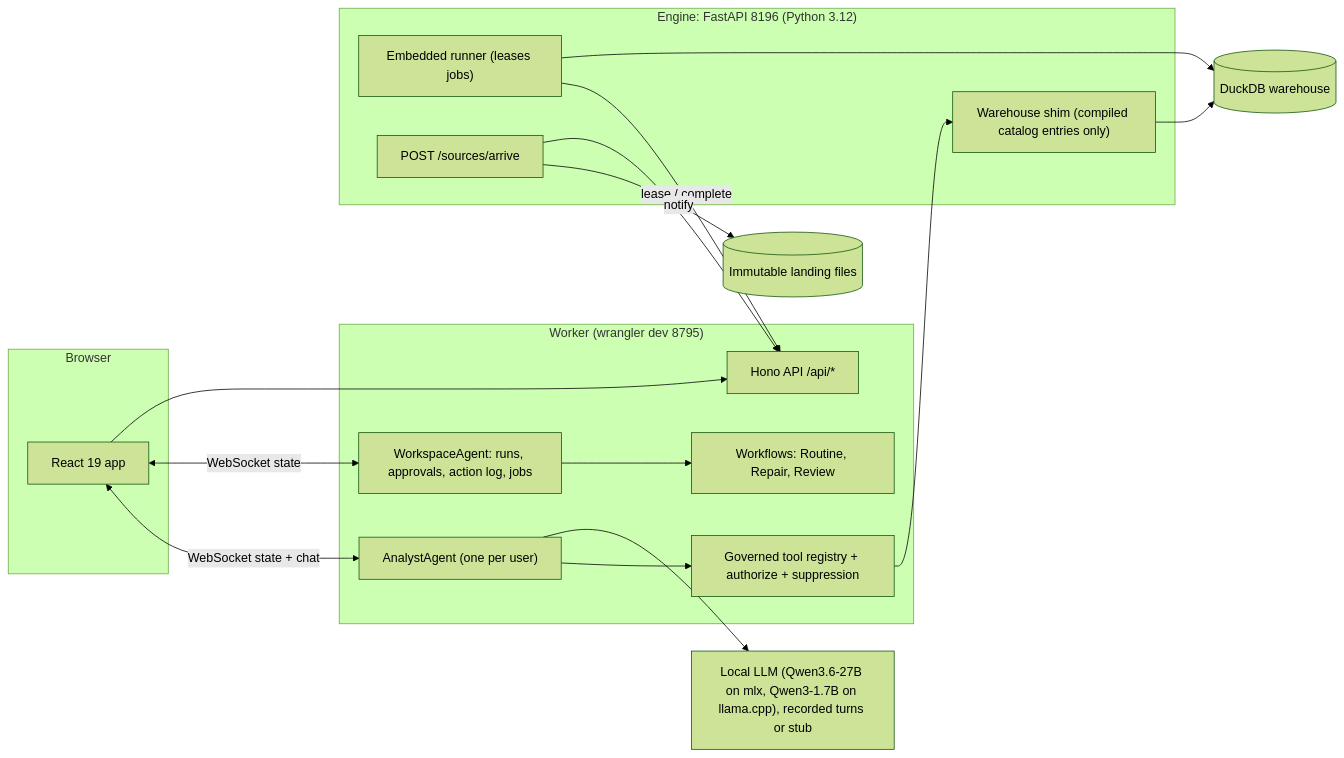
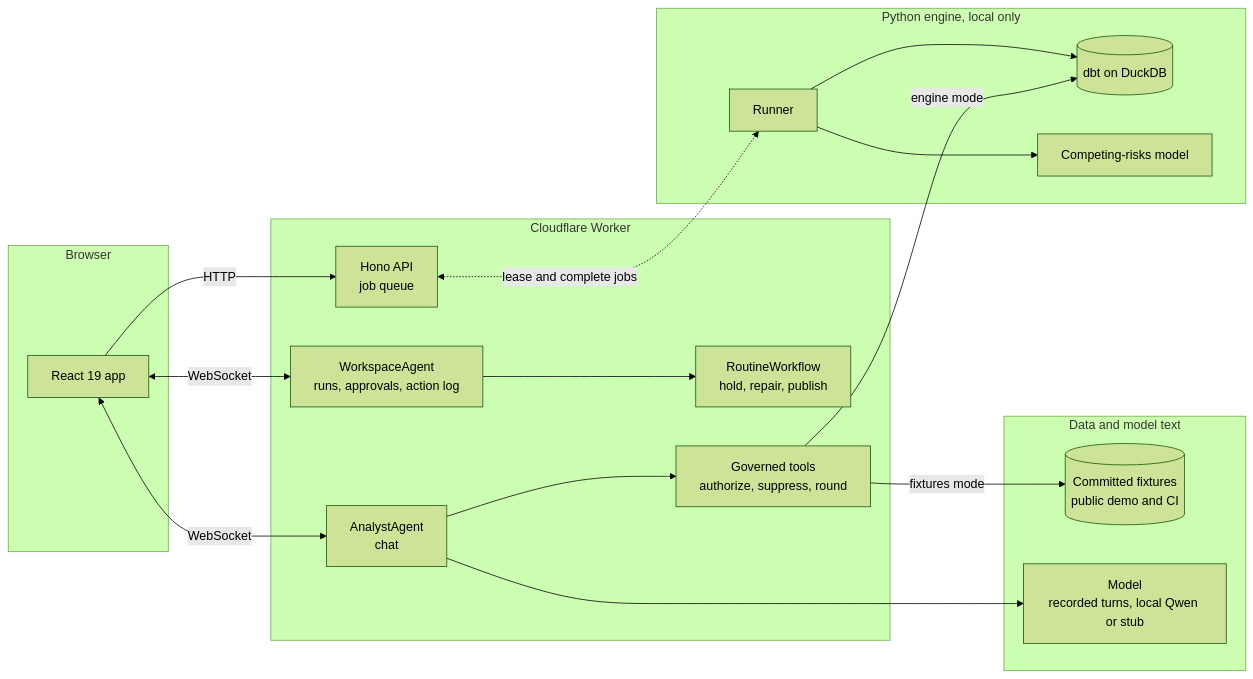
Before and after one commit to nitishsjsucs/staysignal: the first of 4 diagrams in README.md, drawn with Mermaid (forest theme). The commit also changed other lines of this file and 2 other files, not shown here.

First line of the commit message:
docs: README remade around the demo, results and diagrams

````diff
--- a/README.md
+++ b/README.md
@@ -125,32 +181,33 @@
 ```mermaid
 flowchart LR
   subgraph Browser
     UI["React 19 app"]
   end
-  subgraph Worker["Worker (wrangler dev 8795)"]
-    API["Hono API /api/*"]
-    AA["AnalystAgent (one per user)"]
-    WA["WorkspaceAgent: runs, approvals, action log, jobs"]
-    WF["Workflows: Routine, Repair, Review"]
-    REG["Governed tool registry + authorize + suppression"]
+  subgraph Worker["Cloudflare Worker"]
+    API["Hono API<br/>job queue"]
+    AA["AnalystAgent<br/>chat"]
+    WA["WorkspaceAgent<br/>runs, approvals, action log"]
+    WF["RoutineWorkflow<br/>hold, repair, publish"]
+    REG["Governed tools<br/>authorize, suppress, round"]
   end
-  subgraph Engine["Engine: FastAPI 8196 (Python 3.12)"]
-    SHIM["Warehouse shim (compiled catalog entries only)"]
-    RUN["Embedded runner (leases jobs)"]
-    SRC["POST /sources/arrive"]
+  subgraph Served["Data and model text"]
+    FIX[("Committed fixtures<br/>public demo and CI")]
+    LLM["Model<br/>recorded turns, local Qwen or stub"]
   end
-  DUCK[("DuckDB warehouse")]
-  LAND[("Immutable landing files")]
-  LLM["Local LLM (Qwen3.6-27B on mlx, Qwen3-1.7B on llama.cpp), recorded turns or stub"]
-
-  UI <-->|WebSocket state + chat| AA
-  UI <-->|WebSocket state| WA
-  UI --> API
-  AA --> REG --> SHIM --> DUCK
+  subgraph Engine["Python engine, local only"]
+    RUN["Runner"]
+    WH[("dbt on DuckDB")]
+    MOD["Competing-risks model"]
+  end
+  UI <-->|WebSocket| AA
+  UI <-->|WebSocket| WA
+  UI -->|HTTP| API
+  AA --> REG
   AA --> LLM
   WA --> WF
-  RUN -->|lease / complete| API
-  RUN --> DUCK
-  SRC --> LAND
-  SRC -->|notify| API
+  REG -->|fixtures mode| FIX
+  REG -->|engine mode| WH
+  API <-.->|lease and complete jobs| RUN
+  RUN --> WH
+  RUN --> MOD
 ```
````
